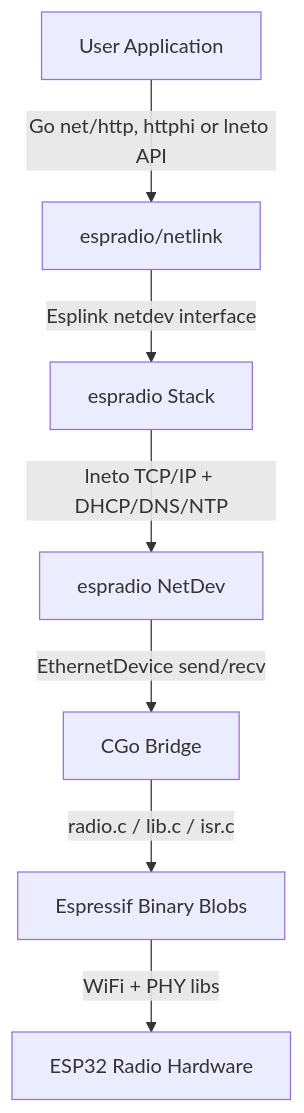
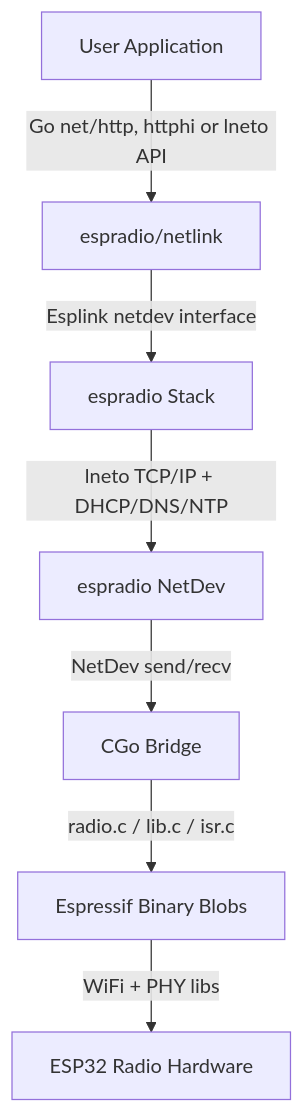
Before and after one commit to tinygo-org/espradio: the diagram in README.md, drawn with Mermaid. The commit also changed 12 other files, not shown here.

First line of the commit message:
netdev: implement the lneto x/netdev interfaces

````diff
--- a/README.md
+++ b/README.md
@@ -102,12 +102,12 @@
 ```mermaid
 flowchart TD
     A["User Application"]
     B["espradio/netlink"]
     C["espradio Stack"]
     D["espradio NetDev"]
     E["CGo Bridge"]
     F["Espressif Binary Blobs"]
     G["ESP32 Radio Hardware"]
 
-    A --Go net/http, httphi or lneto API--> B --Esplink netdev interface--> C --lneto TCP/IP + DHCP/DNS/NTP--> D --EthernetDevice send/recv--> E --radio.c / lib.c / isr.c--> F --WiFi + PHY libs--> G
+    A --Go net/http, httphi or lneto API--> B --Esplink netdev interface--> C --lneto TCP/IP + DHCP/DNS/NTP--> D --NetDev send/recv--> E --radio.c / lib.c / isr.c--> F --WiFi + PHY libs--> G
 ```
````
